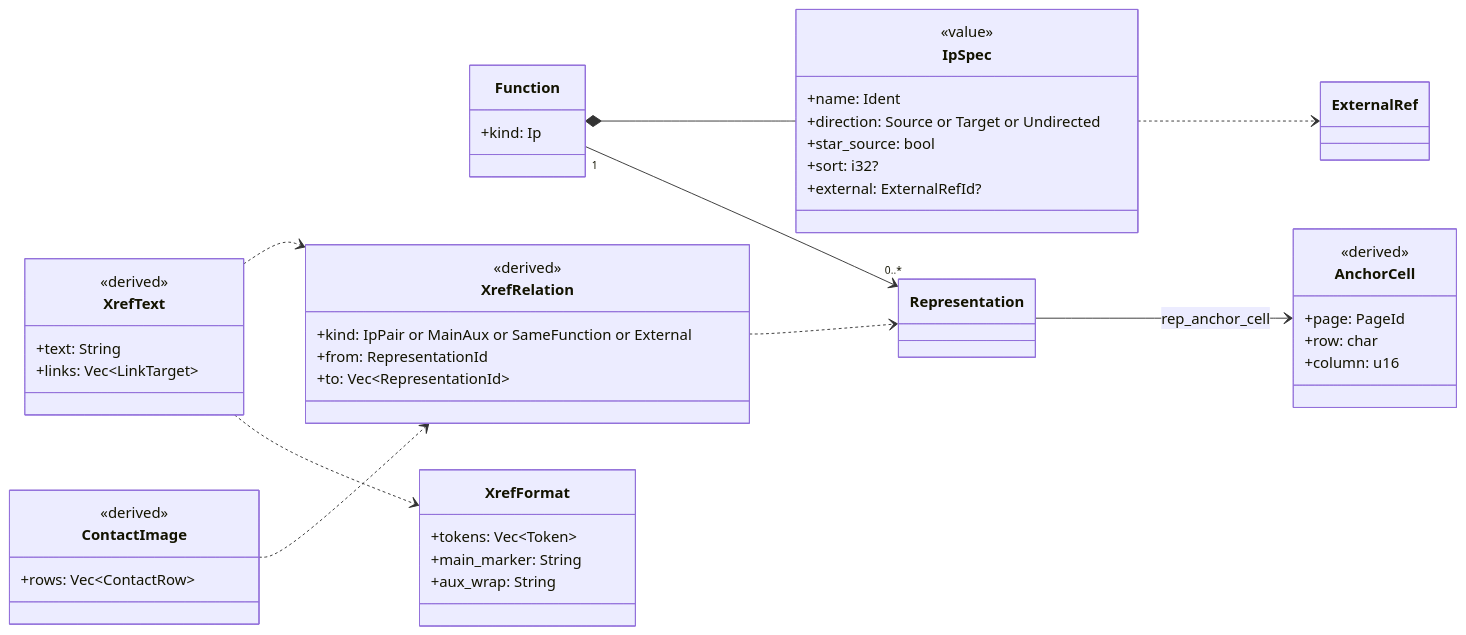
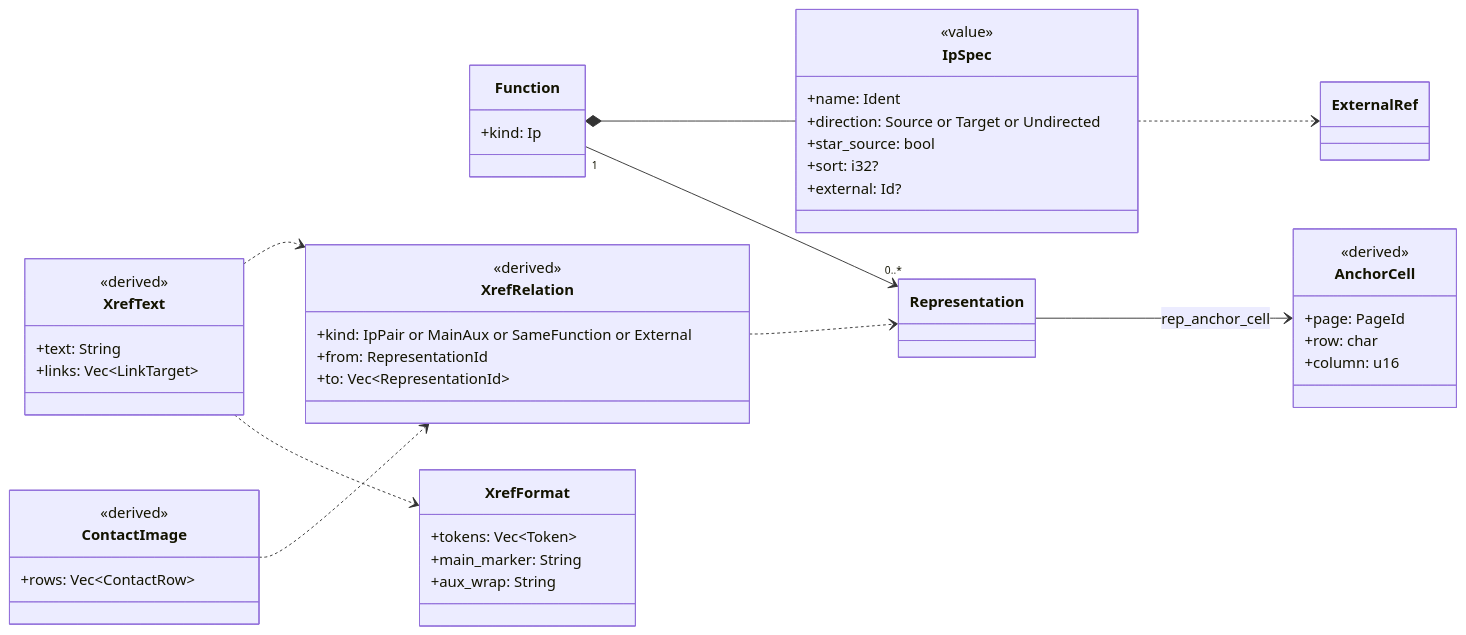
One commit to Ironkode787/ElektraWatt changed diagram 11 of 20 in docs/design/03-domain-model.md. Above: the diagram before and after it, drawn with Mermaid. The commit also changed other lines of this file and 20 other files, not shown here.

````diff
--- a/docs/design/03-domain-model.md
+++ b/docs/design/03-domain-model.md
@@ -1629,51 +1630,51 @@
 ```mermaid
 classDiagram
   direction LR
   class Function {
     +kind: Ip
   }
   class IpSpec {
     <<value>>
     +name: Ident
     +direction: Source or Target or Undirected
     +star_source: bool
     +sort: i32?
-    +external: ExternalRefId?
+    +external: Id<ExternalRef>?
   }
   class Representation
   class AnchorCell {
     <<derived>>
     +page: PageId
     +row: char
     +column: u16
   }
   class XrefRelation {
     <<derived>>
     +kind: IpPair or MainAux or SameFunction or External
     +from: RepresentationId
     +to: Vec~RepresentationId~
   }
   class XrefText {
     <<derived>>
     +text: String
     +links: Vec~LinkTarget~
   }
   class ContactImage {
     <<derived>>
     +rows: Vec~ContactRow~
   }
   class XrefFormat {
     +tokens: Vec~Token~
     +main_marker: String
     +aux_wrap: String
   }
   class ExternalRef
   Function *-- IpSpec
   Function "1" --> "0..*" Representation
   Representation --> AnchorCell : rep_anchor_cell
   XrefRelation ..> Representation
   XrefText ..> XrefRelation
   XrefText ..> XrefFormat
   ContactImage ..> XrefRelation
   IpSpec ..> ExternalRef
 ```
````
